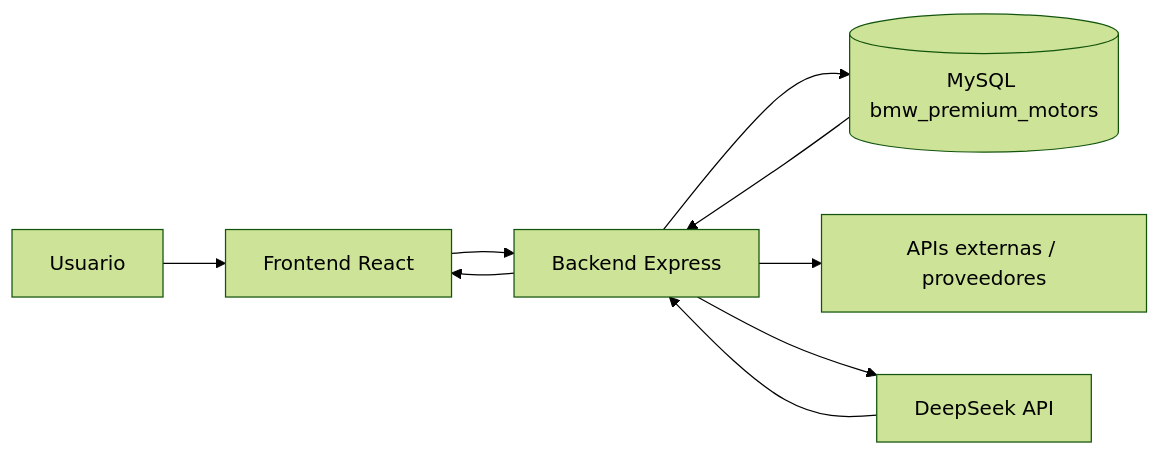
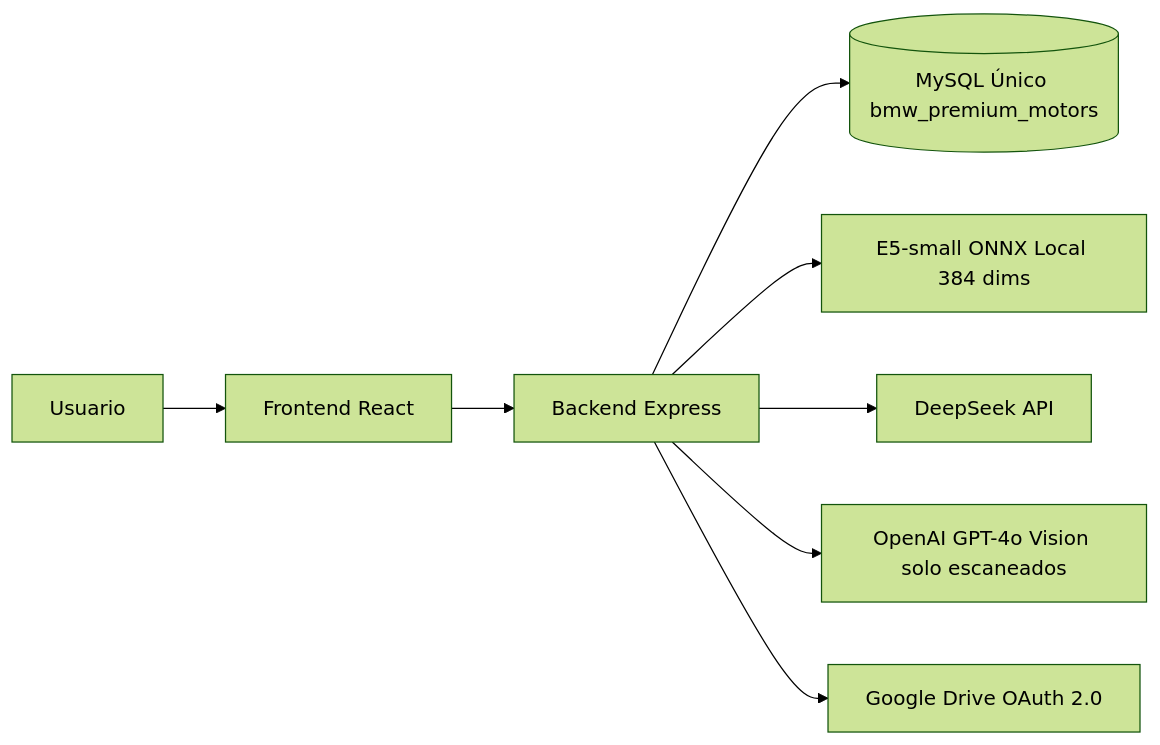
Before and after one commit to ulyssesquiros-FWD/bmw-sales: the diagram in docs/adr/0003-donde-viven-los-datos.md, drawn with Mermaid (forest theme). The commit also changed other lines of this file and 56 other files, not shown here.

Commit message:
feat: integrar arquitectura PolicyBot SaaS RAG con DeepSeek, GPT-4o Vision, embeddings locales E5 y Google Drive OAuth

````diff
--- a/docs/adr/0003-donde-viven-los-datos.md
+++ b/docs/adr/0003-donde-viven-los-datos.md
@@ -28,11 +20,10 @@
 ```mermaid
 flowchart LR
     U[Usuario] --> F[Frontend React]
     F --> B[Backend Express]
-    B --> DB[(MySQL bmw_premium_motors)]
-    B --> EXT[APIs externas / proveedores]
-    B --> IA[DeepSeek API]
-    DB --> B
-    IA --> B
-    B --> F
+    B --> DB[(MySQL Único bmw_premium_motors)]
+    B --> E5[E5-small ONNX Local 384 dims]
+    B --> DS[DeepSeek API]
+    B --> VIS[OpenAI GPT-4o Vision solo escaneados]
+    B --> GD[Google Drive OAuth 2.0]
 ```
````
